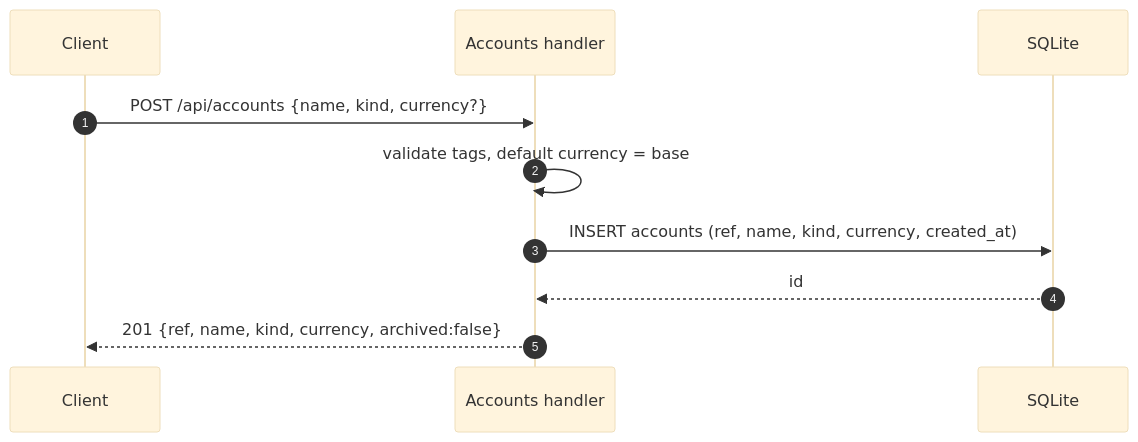
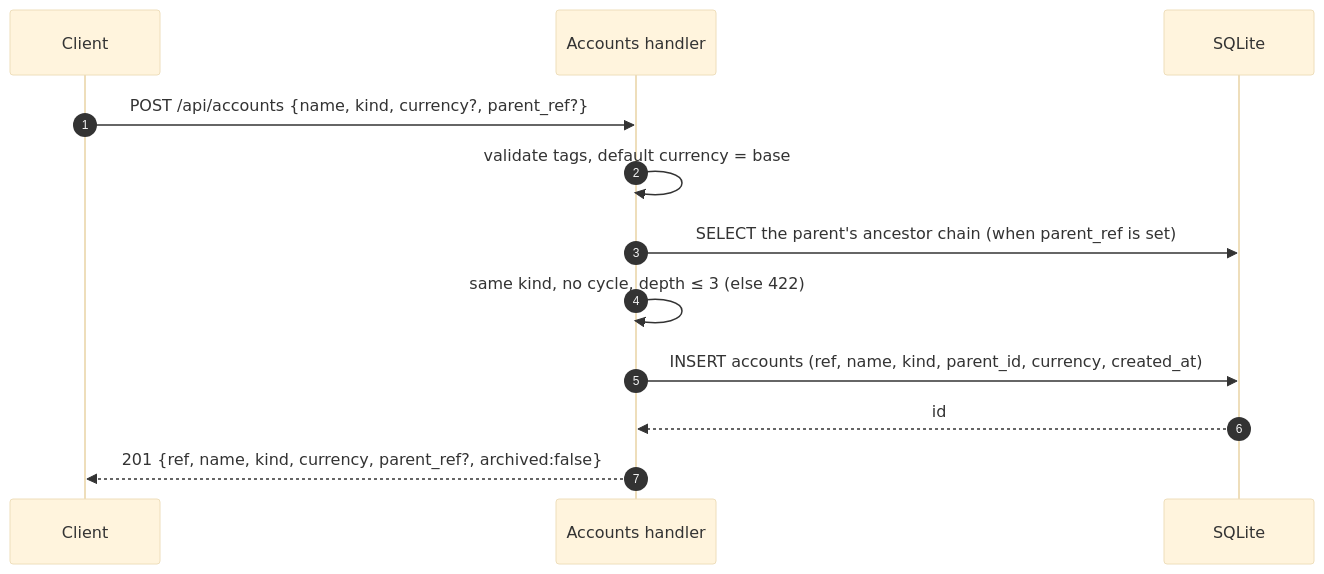
The diagram in docs/endpoints/POST_api_accounts.md (dimasbaguspm/spenicle), drawn with Mermaid (base theme) before and after one commit. The commit also changed other lines of this file and 18 other files, not shown here.

````diff
--- a/docs/endpoints/POST_api_accounts.md
+++ b/docs/endpoints/POST_api_accounts.md
@@ -53,12 +59,14 @@
 ```mermaid
 sequenceDiagram
     autonumber
     participant C as Client
     participant H as Accounts handler
     participant DB as SQLite
-    C->>H: POST /api/accounts {name, kind, currency?}
+    C->>H: POST /api/accounts {name, kind, currency?, parent_ref?}
     H->>H: validate tags, default currency = base
-    H->>DB: INSERT accounts (ref, name, kind, currency, created_at)
+    H->>DB: SELECT the parent's ancestor chain (when parent_ref is set)
+    H->>H: same kind, no cycle, depth ≤ 3 (else 422)
+    H->>DB: INSERT accounts (ref, name, kind, parent_id, currency, created_at)
     DB-->>H: id
-    H-->>C: 201 {ref, name, kind, currency, archived:false}
+    H-->>C: 201 {ref, name, kind, currency, parent_ref?, archived:false}
 ```
````
